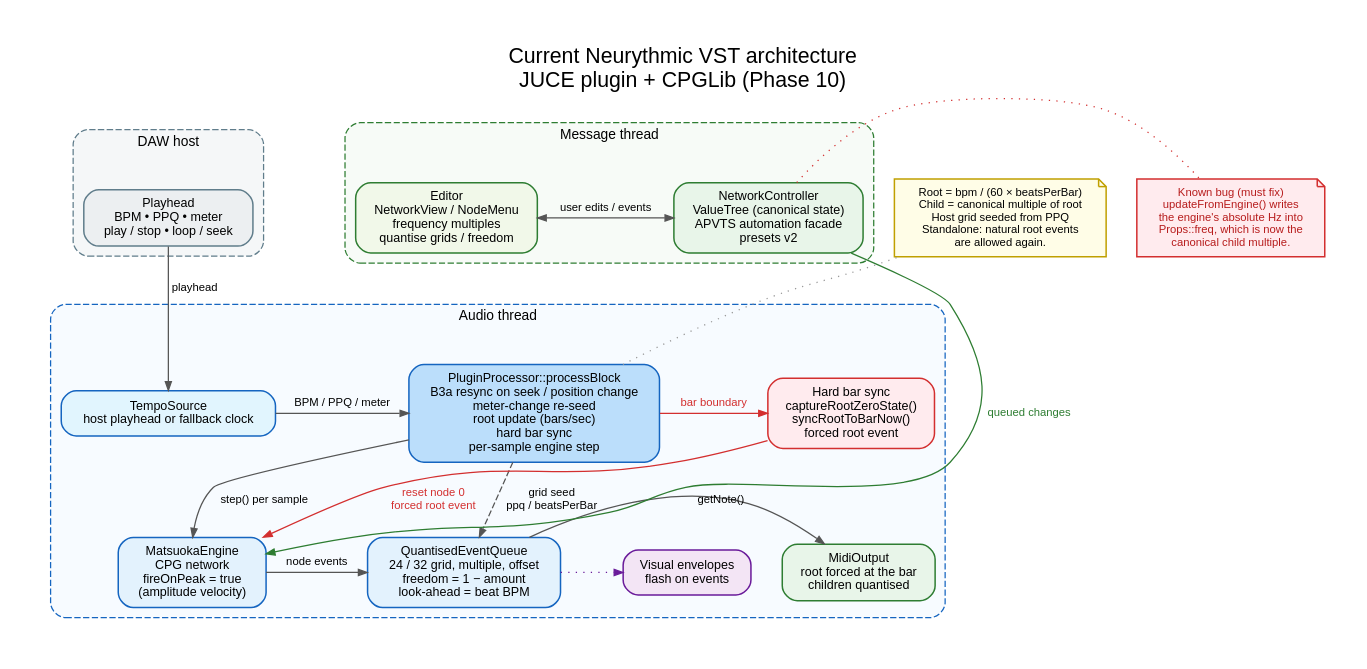
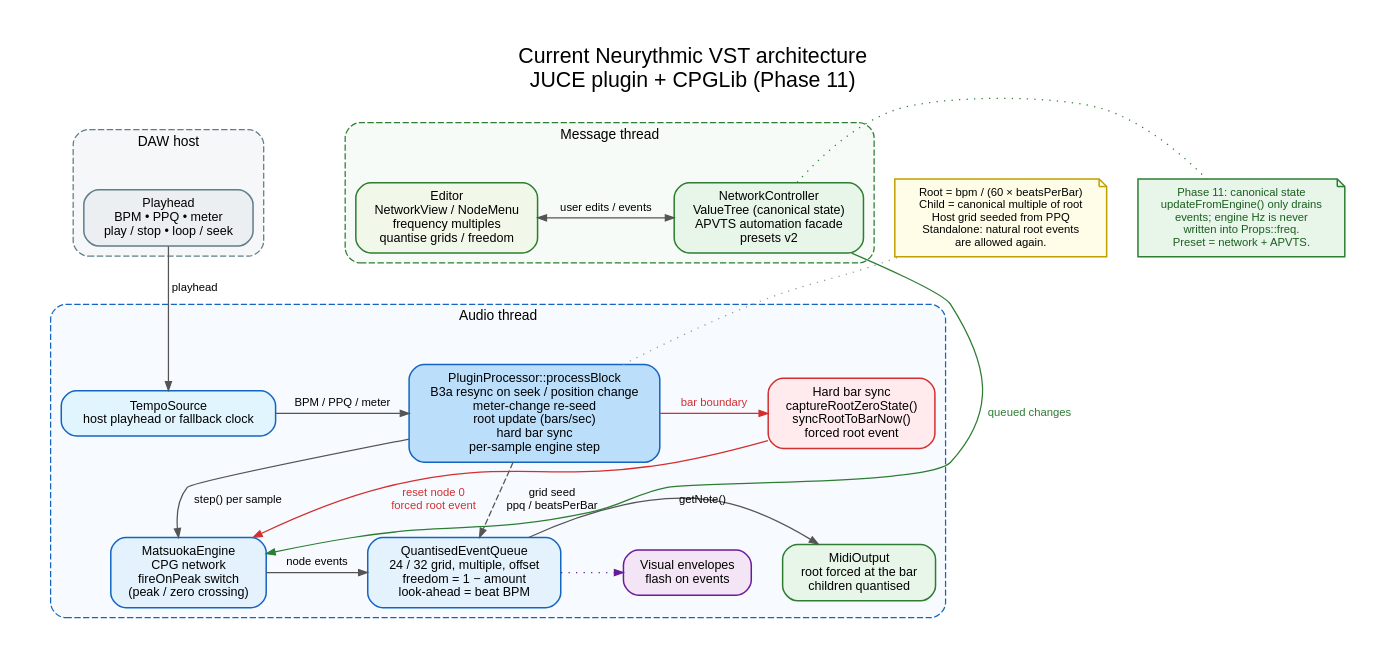
Before and after one commit to toita86/NeurythmicVST: the diagram in docs/diagrams/src/current_architecture.dot, drawn with Graphviz. The commit also changed 24 other files, not shown here.

```diff
--- a/docs/diagrams/src/current_architecture.dot
+++ b/docs/diagrams/src/current_architecture.dot
@@ -1,139 +1,139 @@
 digraph CurrentArchitecture {
   graph [
     rankdir=TB,
     bgcolor="white",
     fontname="Helvetica",
     fontsize=12,
     pad=0.35,
     nodesep=0.35,
     ranksep=0.55,
     newrank=true,
-    label="Current Neurythmic VST architecture\nJUCE plugin + CPGLib (Phase 10)",
+    label="Current Neurythmic VST architecture\nJUCE plugin + CPGLib (Phase 11)",
     labelloc=t,
     fontsize=17
   ];
   node [
     shape=box,
     style="rounded,filled",
     fontname="Helvetica",
     fontsize=10,
     color="#1565C0",
     fillcolor="#E3F2FD",
     penwidth=1.2,
     margin="0.12,0.08"
   ];
   edge [
     fontname="Helvetica",
     fontsize=9,
     color="#555555",
     arrowsize=0.7
   ];
 
   subgraph cluster_host {
     label="DAW host";
     fontsize=11;
     color="#607D8B";
     style="rounded,dashed";
     bgcolor="#F5F7F8";
 
     host [
       label="Playhead\nBPM • PPQ • meter\nplay / stop • loop / seek",
       fillcolor="#ECEFF1",
       color="#607D8B"
     ];
   }
 
   subgraph cluster_audio {
     label="Audio thread";
     fontsize=11;
     color="#1565C0";
     style="rounded,dashed";
     bgcolor="#F7FBFF";
 
     tempo [
       label="TempoSource\nhost playhead or fallback clock",
       fillcolor="#E1F5FE"
     ];
     proc [
       label="PluginProcessor::processBlock\nB3a resync on seek / position change\nmeter-change re-seed\nroot update (bars/sec)\nhard bar sync\nper-sample engine step",
       fillcolor="#BBDEFB"
     ];
     sync [
       label="Hard bar sync\ncaptureRootZeroState()\nsyncRootToBarNow()\nforced root event",
       fillcolor="#FFEBEE",
       color="#D32F2F"
     ];
     engine [
-      label="MatsuokaEngine\nCPG network\nfireOnPeak = true\n(amplitude velocity)"
+      label="MatsuokaEngine\nCPG network\nfireOnPeak switch\n(peak / zero crossing)"
     ];
     quant [
       label="QuantisedEventQueue\n24 / 32 grid, multiple, offset\nfreedom = 1 − amount\nlook-ahead = beat BPM"
     ];
     midi [
       label="MidiOutput\nroot forced at the bar\nchildren quantised",
       fillcolor="#E8F5E9",
       color="#2E7D32"
     ];
     visuals [
       label="Visual envelopes\nflash on events",
       fillcolor="#F3E5F5",
       color="#6A1B9A"
     ];
   }
 
   subgraph cluster_message {
     label="Message thread";
     fontsize=11;
     color="#2E7D32";
     style="rounded,dashed";
     bgcolor="#F7FBF7";
 
     ctrl [
       label="NetworkController\nValueTree (canonical state)\nAPVTS automation facade\npresets v2",
       fillcolor="#E8F5E9",
       color="#2E7D32"
     ];
     editor [
       label="Editor\nNetworkView / NodeMenu\nfrequency multiples\nquantise grids / freedom",
       fillcolor="#F1F8E9",
       color="#2E7D32"
     ];
   }
 
   bug [
     shape=note,
     style="filled",
-    fillcolor="#FFEBEE",
-    color="#D32F2F",
-    fontcolor="#B71C1C",
+    fillcolor="#E8F5E9",
+    color="#2E7D32",
+    fontcolor="#1B5E20",
     fontsize=9,
-    label="Known bug (must fix)\nupdateFromEngine() writes\nthe engine's absolute Hz into\nProps::freq, which is now the\ncanonical child multiple."
+    label="Phase 11: canonical state\nupdateFromEngine() only drains\nevents; engine Hz is never\nwritten into Props::freq.\nPreset = network + APVTS."
   ];
 
   note [
     shape=note,
     style="filled",
     fillcolor="#FFFDE7",
     color="#C0A000",
     fontsize=9,
     label="Root = bpm / (60 × beatsPerBar)\nChild = canonical multiple of root\nHost grid seeded from PPQ\nStandalone: natural root events\nare allowed again."
   ];
 
   { rank=same; tempo; proc; sync; }
   { rank=same; engine; quant; midi; visuals; }
   { rank=same; ctrl; editor; }
 
   host -> tempo [label="playhead"];
   tempo -> proc [label="BPM / PPQ / meter"];
   proc -> engine [label="step() per sample"];
   proc -> sync [label="bar boundary", color="#D32F2F", fontcolor="#D32F2F"];
   sync -> engine [label="reset node 0\nforced root event", color="#D32F2F", fontcolor="#D32F2F"];
   proc -> quant [label="grid seed\nppq / beatsPerBar", style=dashed, constraint=false];
   ctrl -> engine [label="queued changes", color="#2E7D32", fontcolor="#2E7D32", constraint=false];
   ctrl -> editor [dir=both, label="user edits / events", constraint=false];
-  ctrl -> bug [style=dotted, arrowhead=none, color="#D32F2F", constraint=false];
+  ctrl -> bug [style=dotted, arrowhead=none, color="#2E7D32", constraint=false];
   engine -> quant [label="node events"];
   quant -> midi [label="getNote()"];
   quant -> visuals [style=dotted, color="#6A1B9A"];
   proc -> note [style=dotted, arrowhead=none, color="#999999", constraint=false];
 }
```
